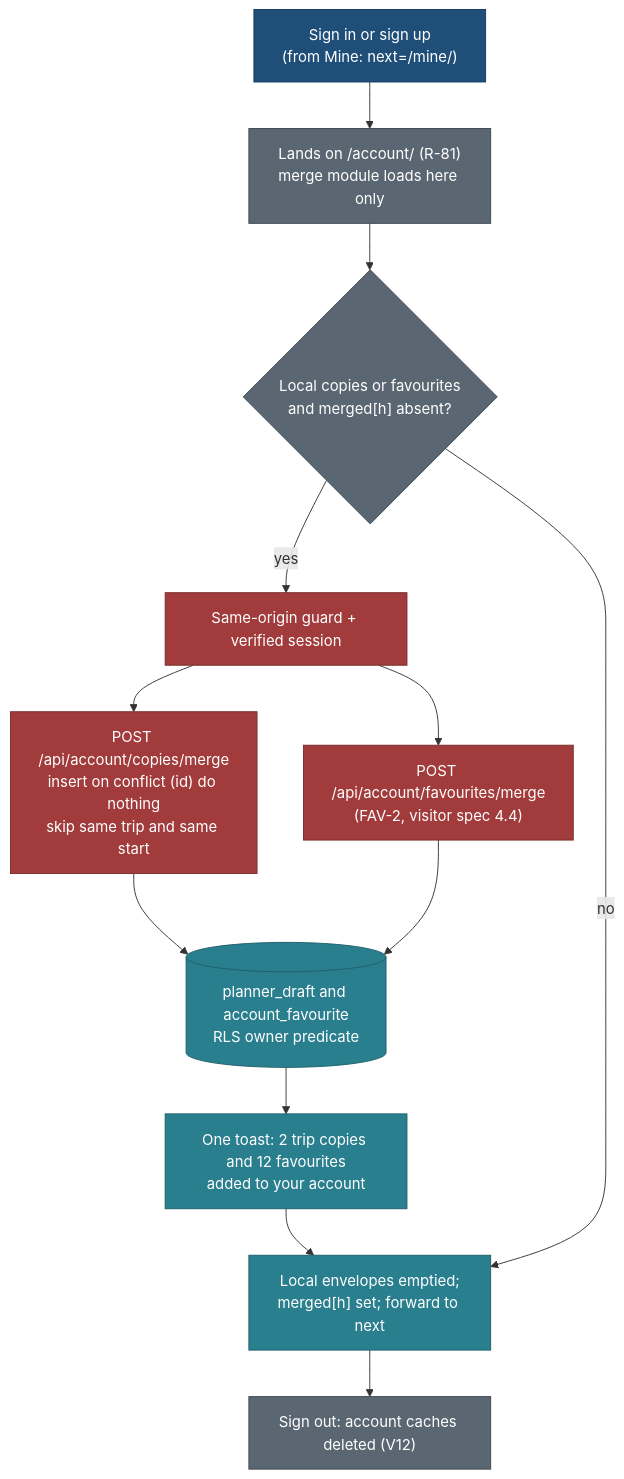
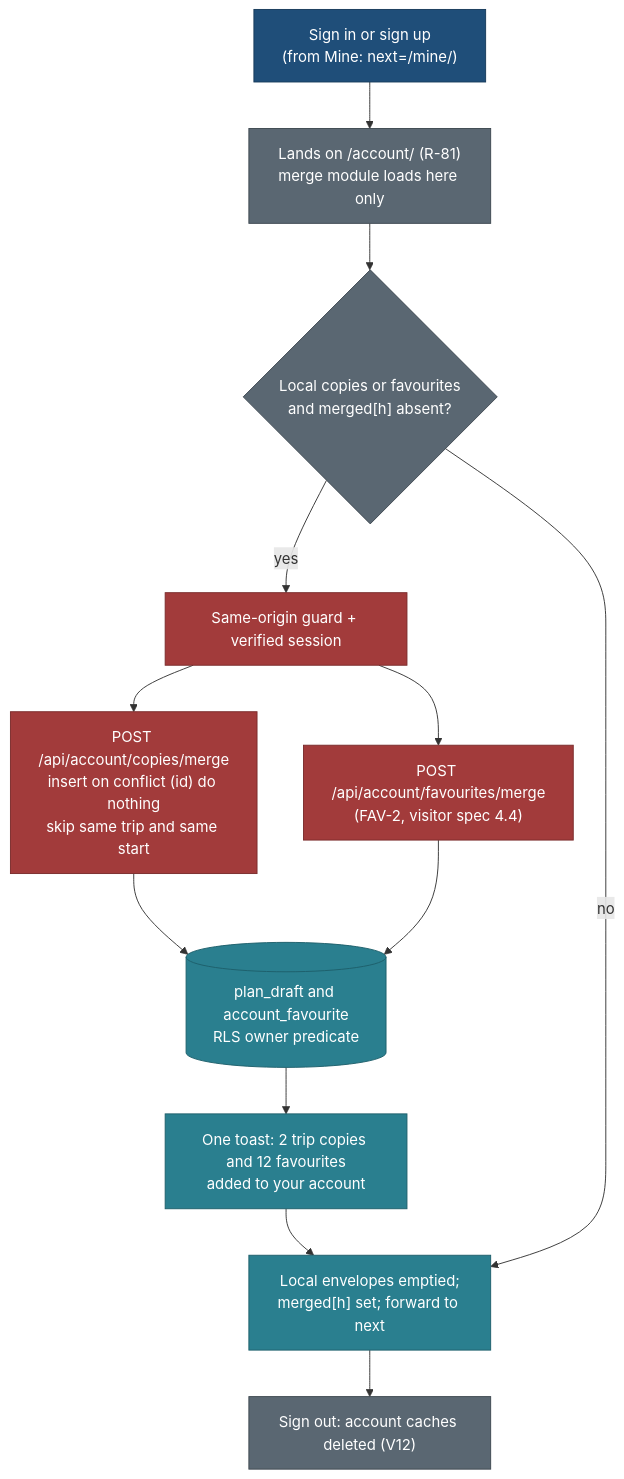
One commit to nitin27may/travel changed the diagram in docs/v2/features/navigation-and-mine.md. Above: the diagram before and after it, drawn with Mermaid. The commit also changed other lines of this file and 63 other files, not shown here.

First line of the commit message:
refactor(EM-F): rename planner_draft to plan_draft (owner decision)

````diff
--- a/docs/v2/features/navigation-and-mine.md
+++ b/docs/v2/features/navigation-and-mine.md
@@ -328,24 +328,24 @@
 ```mermaid
 flowchart TD
   classDef core fill:#1F4E79,stroke:#163A5A,color:#FFFFFF
   classDef data fill:#2A7F8F,stroke:#1E5F6B,color:#FFFFFF
   classDef sec fill:#A23B3B,stroke:#7A2B2B,color:#FFFFFF
   classDef infra fill:#5A6772,stroke:#3E4850,color:#FFFFFF
 
   S["Sign in or sign up<br/>(from Mine: next=/mine/)"]:::core
   A["Lands on /account/ (R-81)<br/>merge module loads here only"]:::infra
   P{"Local copies or favourites<br/>and merged[h] absent?"}:::infra
   G["Same-origin guard + verified session"]:::sec
   C["POST /api/account/copies/merge<br/>insert on conflict (id) do nothing<br/>skip same trip and same start"]:::sec
   F["POST /api/account/favourites/merge<br/>(FAV-2, visitor spec 4.4)"]:::sec
-  DB[("planner_draft and account_favourite<br/>RLS owner predicate")]:::data
+  DB[("plan_draft and account_favourite<br/>RLS owner predicate")]:::data
   T["One toast: 2 trip copies and 12 favourites<br/>added to your account"]:::data
   L["Local envelopes emptied;<br/>merged[h] set; forward to next"]:::data
   O["Sign out: account caches deleted (V12)"]:::infra
 
   S --> A --> P
   P -- yes --> G --> C --> DB
   G --> F --> DB
   DB --> T --> L --> O
   P -- no --> L
 ```
````
